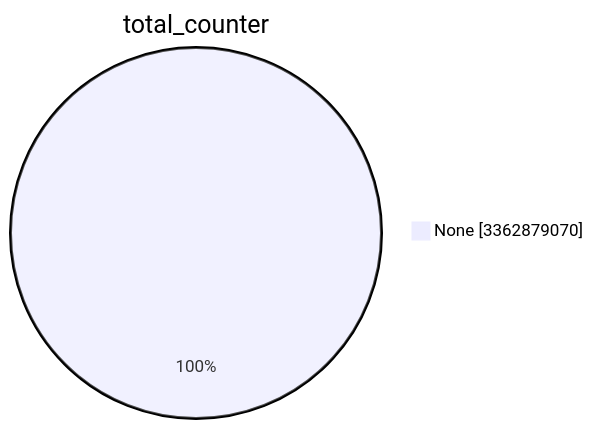
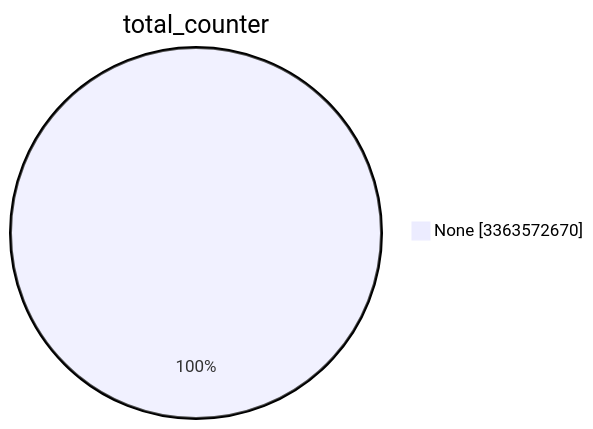
One commit to christiankrug/ctmonitor_visualization changed the first of 15 diagrams in TOTAL/README.md. Above: the diagram before and after it, drawn with Mermaid. The commit also changed other lines of this file, not shown here.

````diff
--- a/TOTAL/README.md
+++ b/TOTAL/README.md
@@ -1,5 +1,5 @@
 ```mermaid
 pie showData
 title total_counter
-"None" :3362879070
+"None" :3363572670
 ```
````
